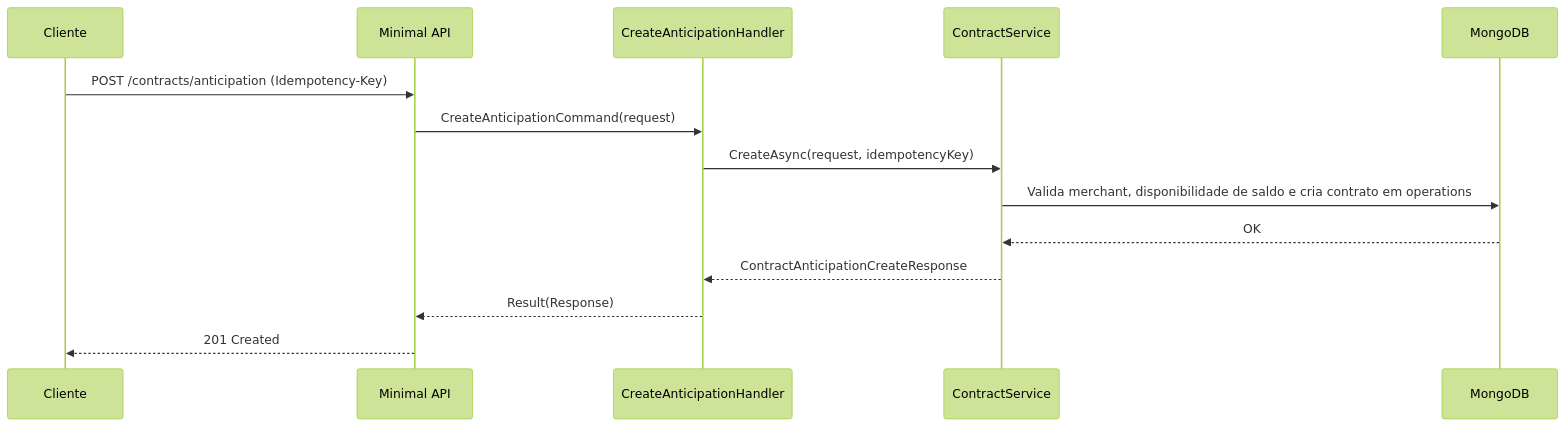
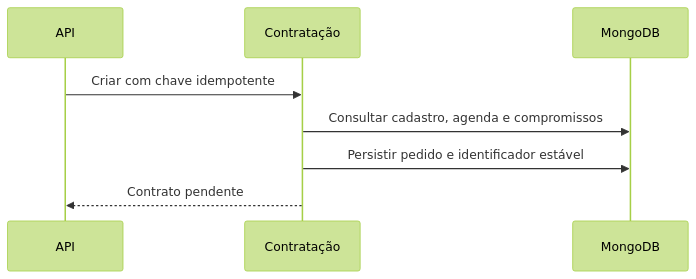
One commit to Marcus-V-Freitas/MVFC.Veragi.Simulator changed the second of 2 diagrams in docs/handlers/CreateAnticipationHandler.md. Above: the diagram before and after it, drawn with Mermaid (forest theme). The commit also changed other lines of this file and 18 other files, not shown here.

````diff
--- a/docs/handlers/CreateAnticipationHandler.md
+++ b/docs/handlers/CreateAnticipationHandler.md
@@ -53,16 +79,10 @@
 ```mermaid
 sequenceDiagram
-    participant C as Cliente
-    participant A as Minimal API
-    participant H as CreateAnticipationHandler
-    participant S as ContractService
+    participant A as API
+    participant S as Contratação
     participant M as MongoDB
-    C->>A: POST /contracts/anticipation (Idempotency-Key)
-    A->>H: CreateAnticipationCommand(request)
-    H->>S: CreateAsync(request, idempotencyKey)
-    S->>M: Valida merchant, disponibilidade de saldo e cria contrato em operations
-    M-->>S: OK
-    S-->>H: ContractAnticipationCreateResponse
-    H-->>A: Result(Response)
-    A-->>C: 201 Created
+    A->>S: Criar com chave idempotente
+    S->>M: Consultar cadastro, agenda e compromissos
+    S->>M: Persistir pedido e identificador estável
+    S-->>A: Contrato pendente
 ```
````
